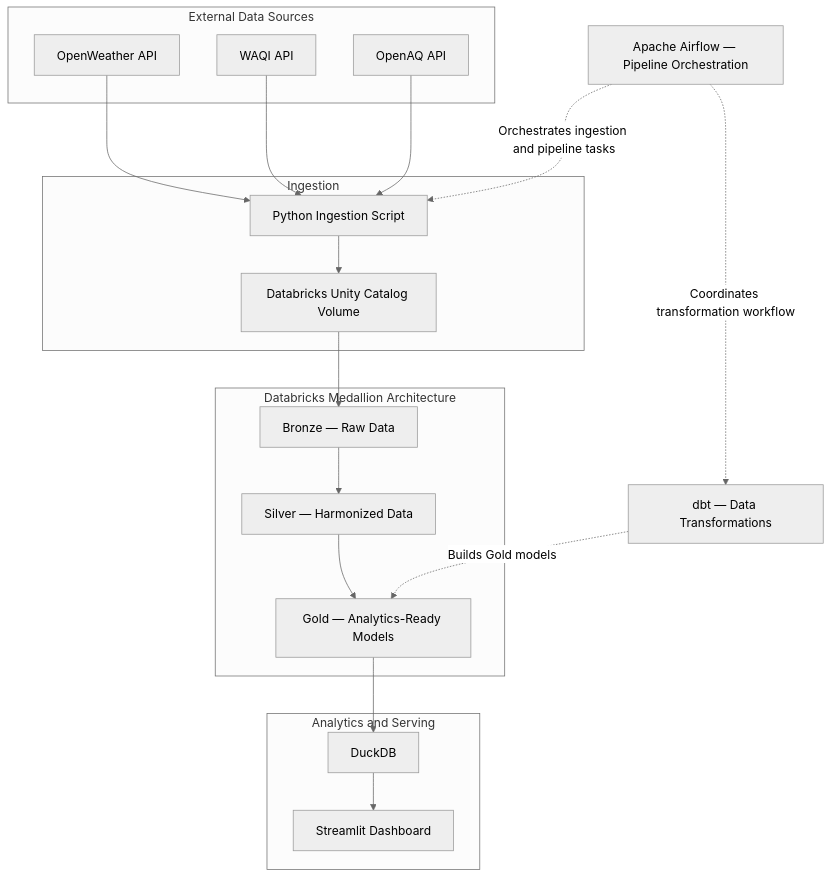
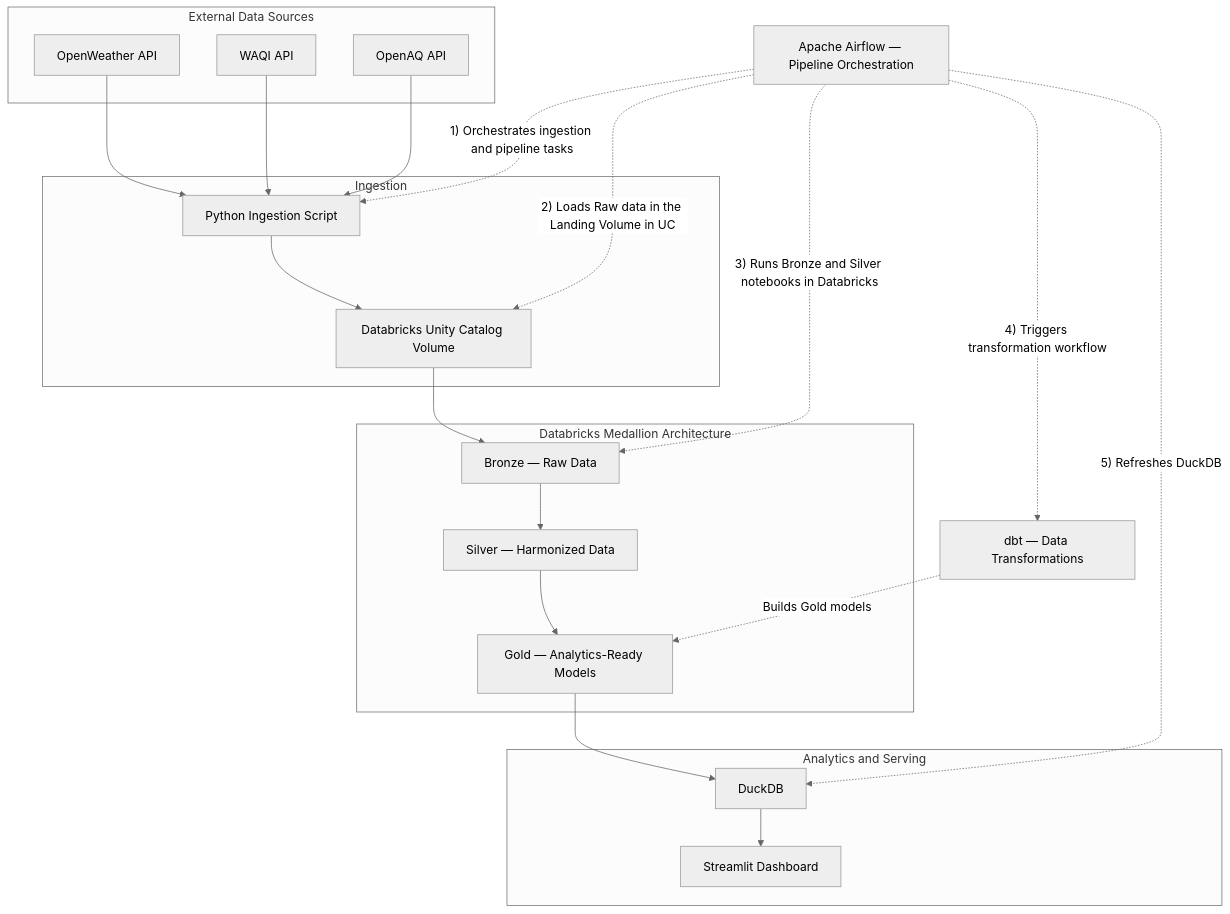
The diagram in README.md (phile11/aq2databricks), drawn with Mermaid (neutral theme) before and after one commit.

Commit message:
updated architecture diagram

````diff
--- a/README.md
+++ b/README.md
@@ -10,40 +10,43 @@
 ```mermaid
 flowchart TD
     subgraph Sources["External Data Sources"]
         OW["OpenWeather API"]
         WAQI["WAQI API"]
         OA["OpenAQ API"]
     end
 
     subgraph Ingestion["Ingestion"]
         PY["Python Ingestion Script"]
         VOL["Databricks Unity Catalog Volume"]
     end
 
     subgraph Lakehouse["Databricks Medallion Architecture"]
         BR["Bronze — Raw Data"]
         SI["Silver — Harmonized Data"]
         GO["Gold — Analytics-Ready Models"]
         BR --> SI --> GO
     end
 
     subgraph Serving["Analytics and Serving"]
         DU["DuckDB"]
         ST["Streamlit Dashboard"]
         DU --> ST
     end
 
     AF["Apache Airflow — Pipeline Orchestration"]
     DBT["dbt — Data Transformations"]
 
     OW --> PY
     WAQI --> PY
     OA --> PY
     PY --> VOL
     VOL --> BR
     DBT -. "Builds Gold models" .-> GO
     GO --> DU
 
-    AF -. "Orchestrates ingestion and pipeline tasks" .-> PY
-    AF -. "Coordinates transformation workflow" .-> DBT
+    AF -. "1) Orchestrates ingestion and pipeline tasks" .-> PY
+    AF -. "2) Loads Raw data in the Landing Volume in UC" .-> VOL
+    AF -. "3) Runs Bronze and Silver notebooks in Databricks" .-> BR
+    AF -. "4) Triggers transformation workflow" .-> DBT
+    AF -. "5) Refreshes DuckDB" .-> DU
 ```
````
